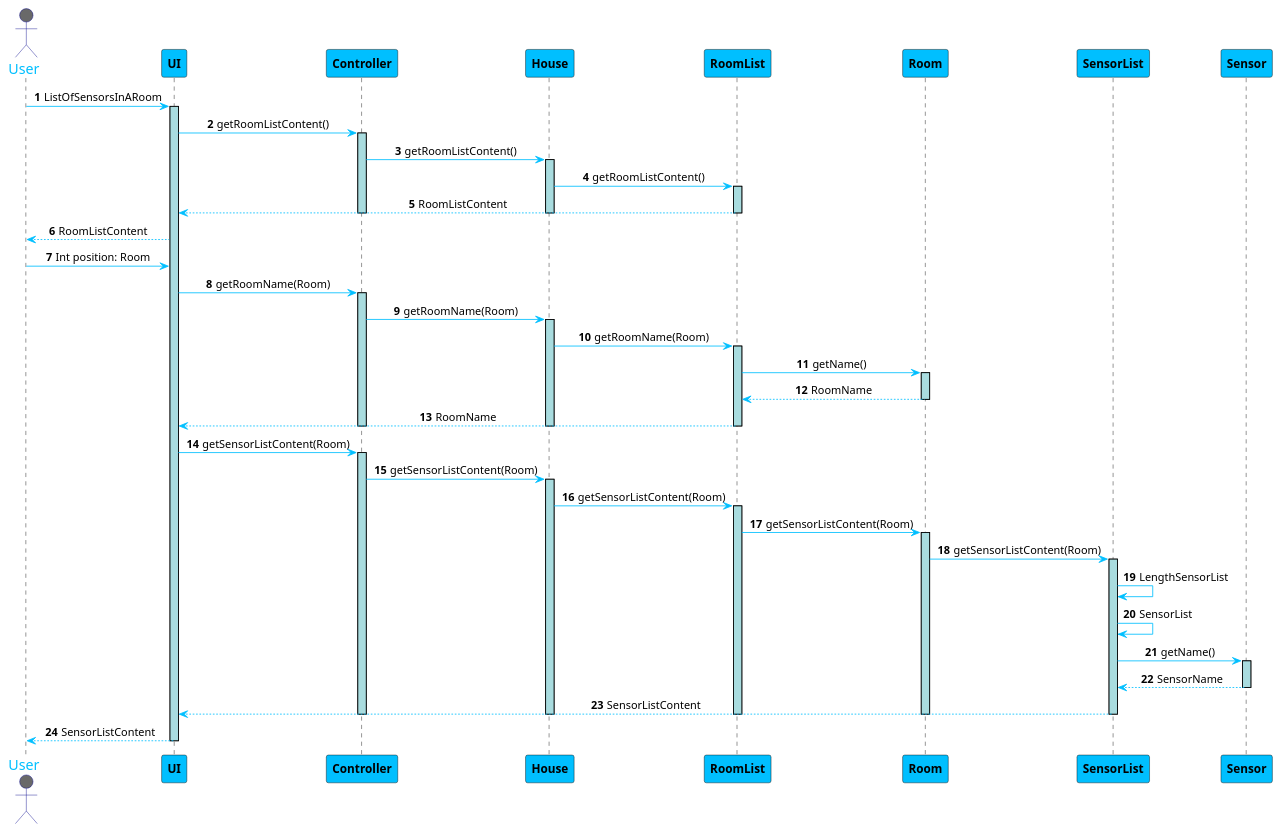
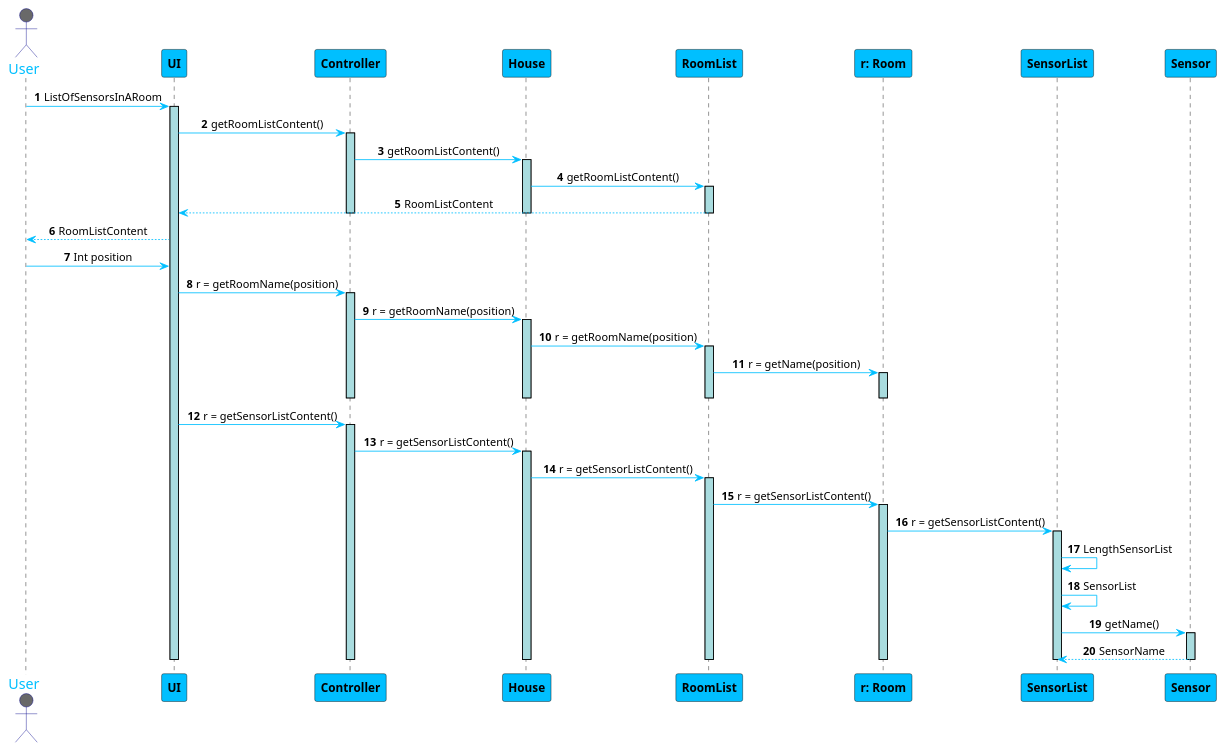
The diagram in src/Docs/Sprint2/GetListOfSensorsRoom.puml (1181687/hateoasToy), drawn with PlantUML before and after one commit.

Commit message:
GetListOfSensorsRoom sequence diagram corrections

```diff
--- a/src/Docs/Sprint2/GetListOfSensorsRoom.puml
+++ b/src/Docs/Sprint2/GetListOfSensorsRoom.puml
@@ -1,81 +1,74 @@
 @startuml
 skinparam sequenceMessageAlign center
 skinparam sequence {
 	ArrowColor DeepSkyBlue
 	ActorBorderColor DarkBlue
 	LifeLineBorderColor black
 	LifeLineBackgroundColor #A9DCDF
 
 	ParticipantBorderColor Black
 	ParticipantBackgroundColor DeepSkyBlue
 	ParticipantFontStyle Bold
 
 	ActorBackgroundColor DimGrey
 	ActorFontColor DeepSkyBlue
 	ActorFontSize 17
 	ActorFontName Aapex
 }
 
 autonumber
 actor User
 User -> UI: ListOfSensorsInARoom
 activate UI
 UI -> Controller: getRoomListContent()
 activate Controller
 Controller -> House: getRoomListContent()
 activate House
 House -> RoomList: getRoomListContent()
 activate RoomList
 UI <-- RoomList: RoomListContent
 deactivate RoomList
 deactivate House
 deactivate Controller
 User <-- UI: RoomListContent
 
 
-User -> UI: Int position: Room
-UI -> Controller: getRoomName(Room)
+User -> UI: Int position
+UI -> Controller: r = getRoomName(position)
 activate Controller
-Controller -> House: getRoomName(Room)
+Controller -> House: r = getRoomName(position)
 activate House
-House -> RoomList: getRoomName(Room)
+House -> RoomList: r = getRoomName(position)
 activate RoomList
-RoomList -> Room: getName()
-activate Room
-RoomList <-- Room: RoomName
-
-deactivate Room
-UI <-- RoomList: RoomName
+RoomList -> "r: Room": r = getName(position)
+activate "r: Room"
+deactivate "r: Room"
 deactivate RoomList
 deactivate House
 deactivate Controller
 
-UI -> Controller: getSensorListContent(Room)
+UI -> Controller: r = getSensorListContent()
 activate Controller
-Controller -> House: getSensorListContent(Room)
+Controller -> House: r = getSensorListContent()
 activate House
-House -> RoomList: getSensorListContent(Room)
+House -> RoomList: r = getSensorListContent()
 activate RoomList
-RoomList -> Room: getSensorListContent(Room)
-activate Room
-Room -> SensorList: getSensorListContent(Room)
+RoomList -> "r: Room": r = getSensorListContent()
+activate "r: Room"
+"r: Room" -> SensorList: r = getSensorListContent()
 activate SensorList
 SensorList -> SensorList: LengthSensorList
 SensorList -> SensorList: SensorList
 SensorList -> Sensor: getName()
 activate Sensor
 
 SensorList <-- Sensor: SensorName
 deactivate Sensor
-
-UI <-- SensorList: SensorListContent
 deactivate SensorList
-deactivate Room
+deactivate "r: Room"
 deactivate RoomList
 deactivate House
 deactivate Controller
-
-User <-- UI: SensorListContent
 deactivate UI
 
 @enduml
```
